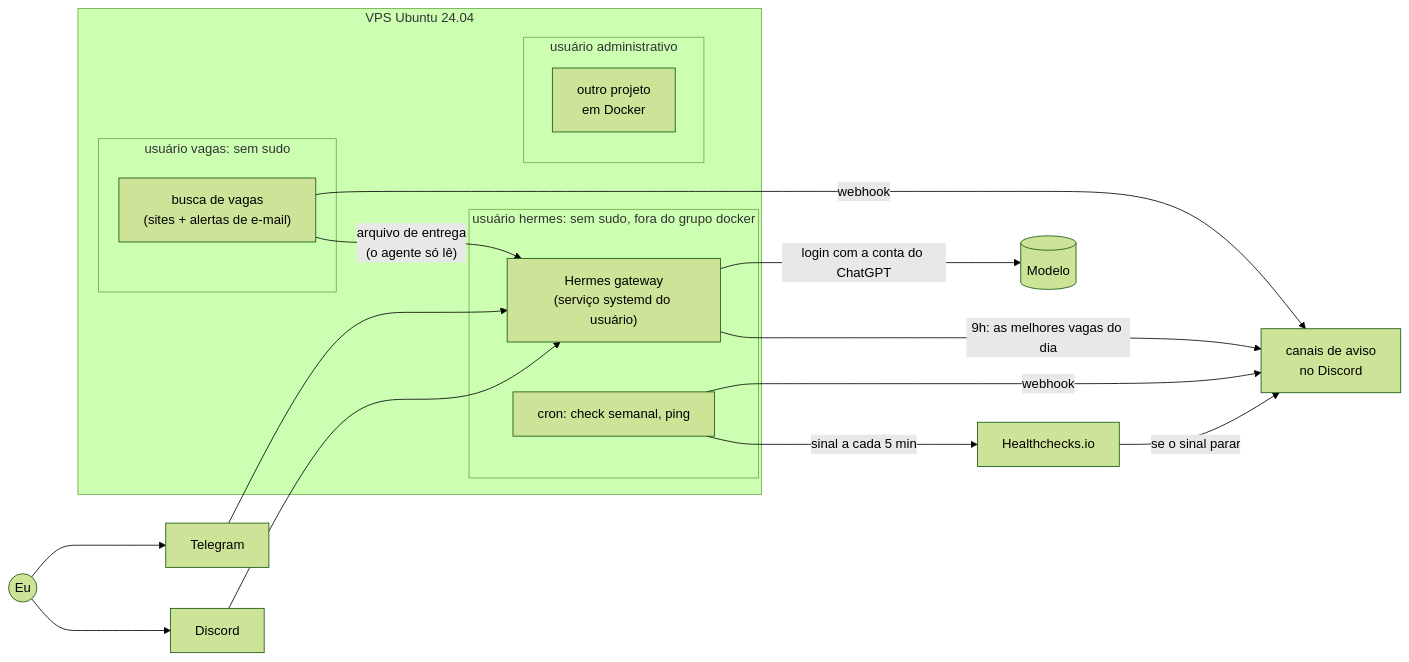
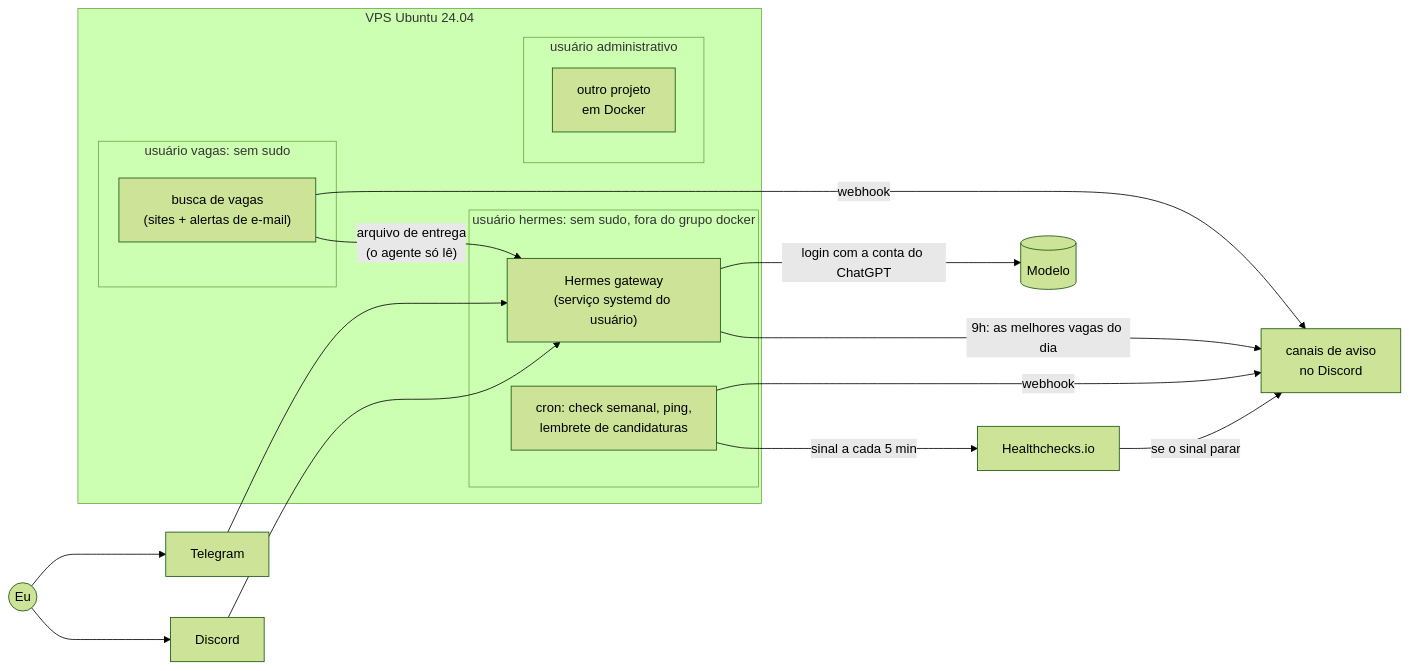
The diagram in README.md (Joaoxzx/hermes-vps), drawn with Mermaid (forest theme) before and after one commit. The commit also changed other lines of this file and 8 other files, not shown here.

Commit message:
Controle de candidaturas em SQLite, comando /candidaturas e lembrete de pedir retorno no cron

````diff
--- a/README.md
+++ b/README.md
@@ -9,26 +9,26 @@
 ```mermaid
 flowchart LR
     Eu((Eu)) --> TG[Telegram]
     Eu --> DC[Discord]
     subgraph VPS["VPS Ubuntu 24.04"]
         subgraph H["usuário hermes: sem sudo, fora do grupo docker"]
             GW["Hermes gateway<br/>(serviço systemd do usuário)"]
-            CR["cron: check semanal, ping"]
+            CR["cron: check semanal, ping,<br/>lembrete de candidaturas"]
         end
         subgraph V["usuário vagas: sem sudo"]
             BV["busca de vagas<br/>(sites + alertas de e-mail)"]
         end
         subgraph A["usuário administrativo"]
             BB["outro projeto<br/>em Docker"]
         end
     end
     TG --> GW
     DC --> GW
     GW -->|login com a conta do ChatGPT| OAI[(Modelo)]
     CR -->|webhook| AV["canais de aviso<br/>no Discord"]
     BV -->|webhook| AV
     BV -->|"arquivo de entrega<br/>(o agente só lê)"| GW
     GW -->|"9h: as melhores vagas do dia"| AV
     CR -->|sinal a cada 5 min| HC[Healthchecks.io]
     HC -->|se o sinal parar| AV
 ```
````
